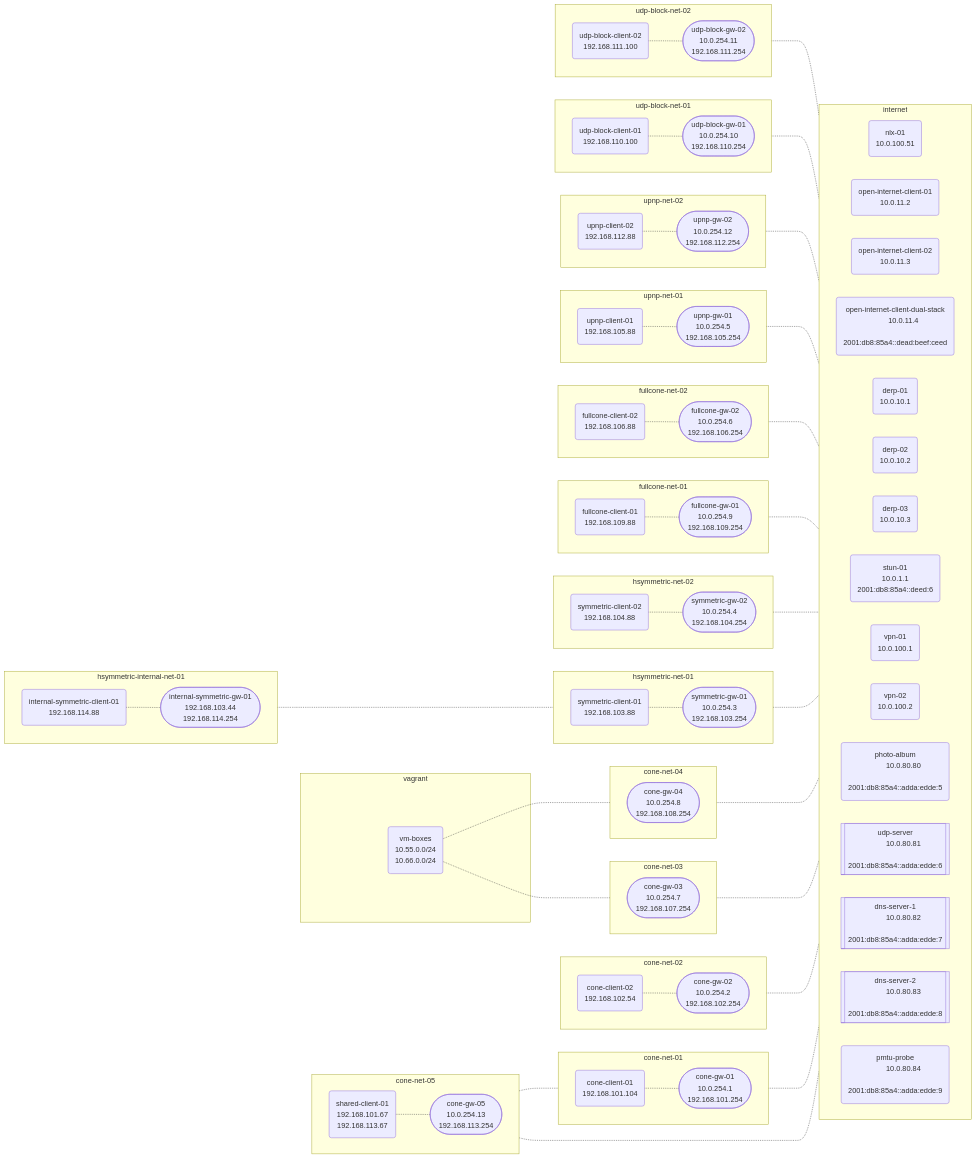
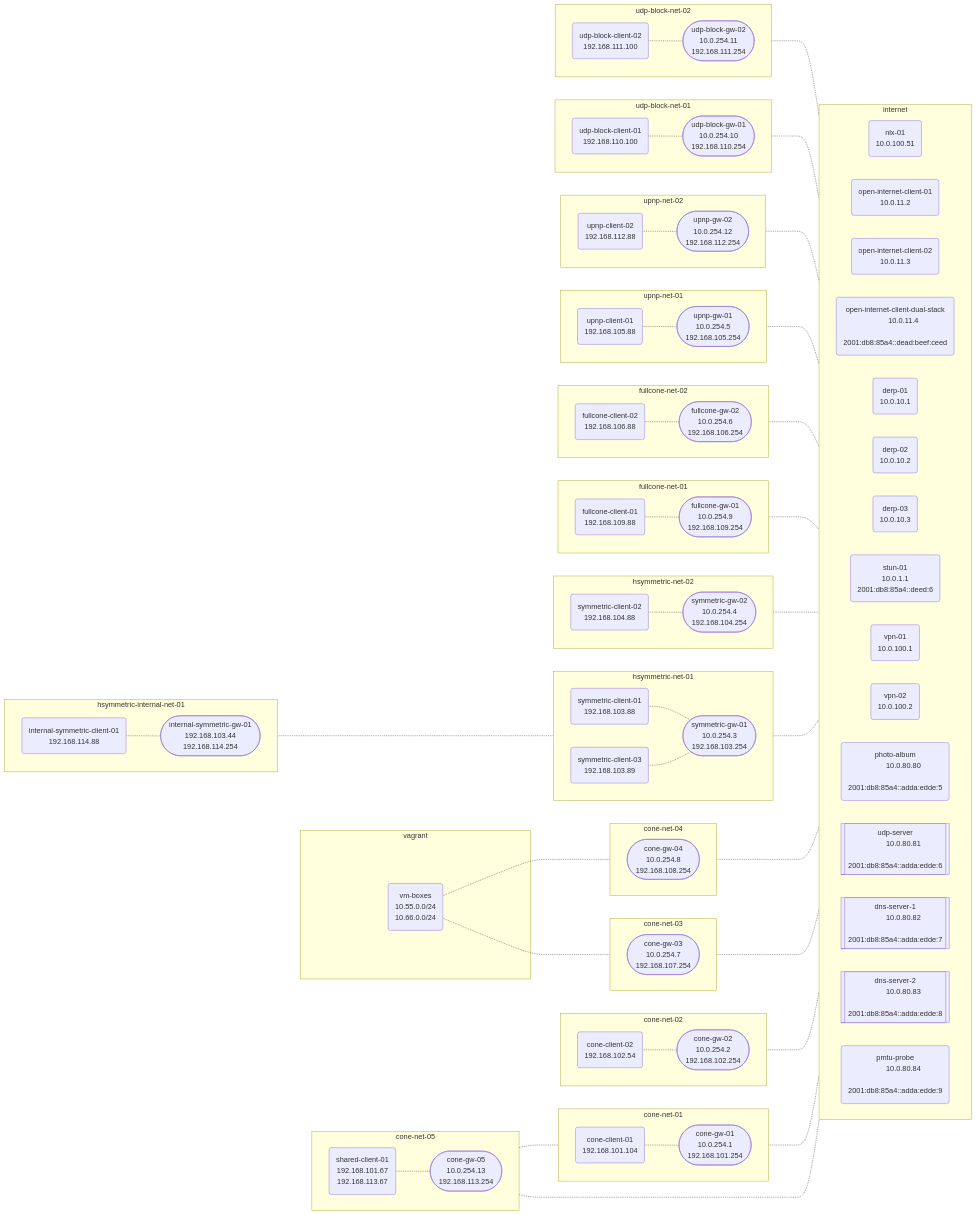
Before and after one commit to NordSecurity/libtelio: the diagram in nat-lab/network.md, drawn with Mermaid.

Commit message:
Update diagram

```diff
--- a/nat-lab/network.md
+++ b/nat-lab/network.md
@@ -97,6 +97,8 @@
   direction LR
     symmetric-client-01("symmetric-client-01
         192.168.103.88")
+    symmetric-client-03("symmetric-client-03
+        192.168.103.89")
     symmetric-gw-01(["symmetric-gw-01
         10.0.254.3
         192.168.103.254"])
@@ -201,6 +203,7 @@
   shared-client-01 -.- cone-gw-05
   cone-client-02 -.- cone-gw-02
   symmetric-client-01 -.- symmetric-gw-01
+  symmetric-client-03 -.- symmetric-gw-01
   internal-symmetric-gw-01 -..- symmetric-gw-01
   symmetric-client-02 -.- symmetric-gw-02
   internal-symmetric-client-01 -.- internal-symmetric-gw-01
```
